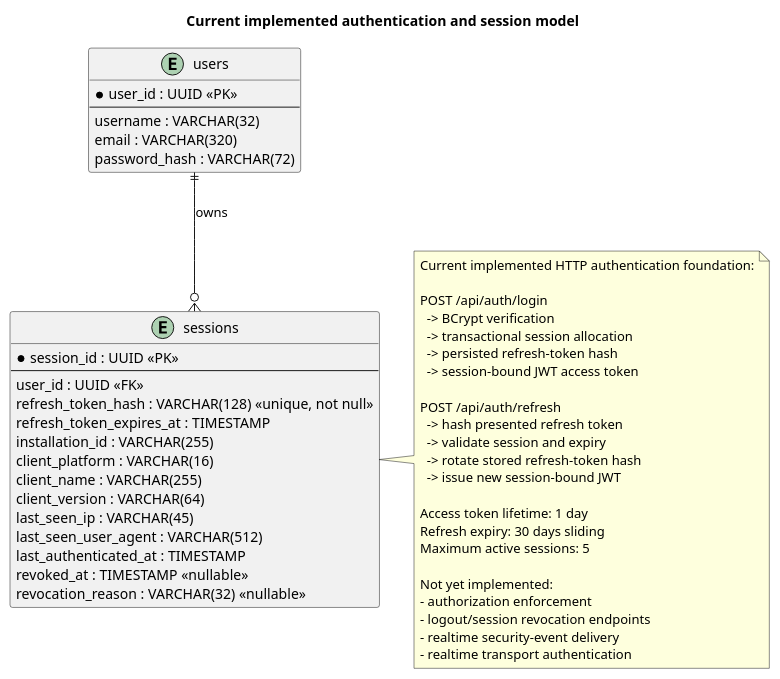
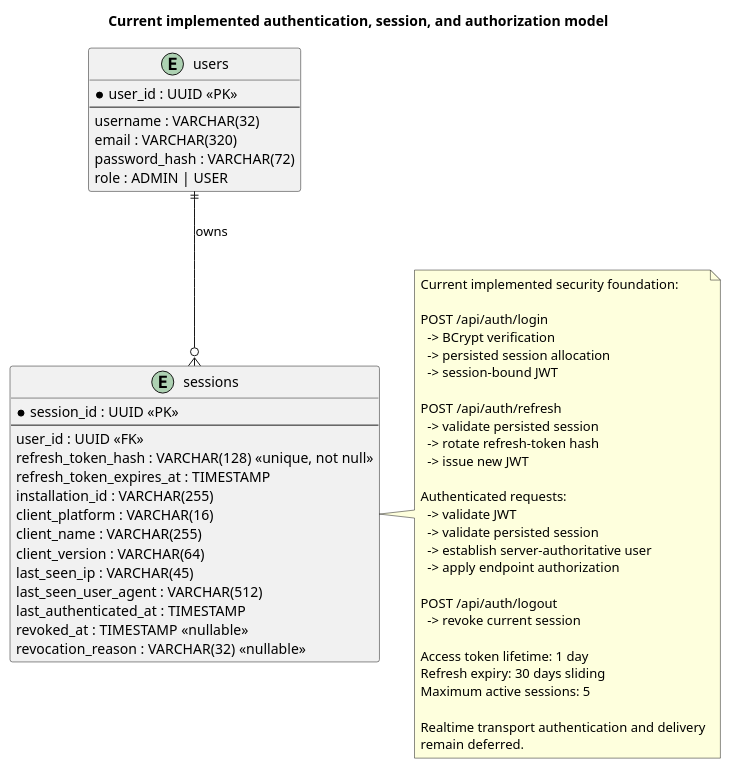
One commit to animesh0404/samvaad-server changed the diagram in docs/architecture/diagrams/current-authentication-session.puml. Above: the diagram before and after it, drawn with PlantUML. The commit also changed 5 other files, not shown here.

Commit message:
docs: add current architecture diagrams

```diff
--- a/docs/architecture/diagrams/current-authentication-session.puml
+++ b/docs/architecture/diagrams/current-authentication-session.puml
@@ -1,56 +1,61 @@
 @startuml
-title Current implemented authentication and session model
+title Current implemented authentication, session, and authorization model
 
 entity users {
   * user_id : UUID <<PK>>
   --
   username : VARCHAR(32)
   email : VARCHAR(320)
   password_hash : VARCHAR(72)
+  role : ADMIN | USER
 }
 
 entity sessions {
   * session_id : UUID <<PK>>
   --
   user_id : UUID <<FK>>
   refresh_token_hash : VARCHAR(128) <<unique, not null>>
   refresh_token_expires_at : TIMESTAMP
   installation_id : VARCHAR(255)
   client_platform : VARCHAR(16)
   client_name : VARCHAR(255)
   client_version : VARCHAR(64)
   last_seen_ip : VARCHAR(45)
   last_seen_user_agent : VARCHAR(512)
   last_authenticated_at : TIMESTAMP
   revoked_at : TIMESTAMP <<nullable>>
   revocation_reason : VARCHAR(32) <<nullable>>
 }
 
 users ||--o{ sessions : owns
 
 note right of sessions
-Current implemented HTTP authentication foundation:
+Current implemented security foundation:
 
 POST /api/auth/login
   -> BCrypt verification
-  -> transactional session allocation
-  -> persisted refresh-token hash
-  -> session-bound JWT access token
+  -> persisted session allocation
+  -> session-bound JWT
 
 POST /api/auth/refresh
-  -> hash presented refresh token
-  -> validate session and expiry
-  -> rotate stored refresh-token hash
-  -> issue new session-bound JWT
+  -> validate persisted session
+  -> rotate refresh-token hash
+  -> issue new JWT
+
+Authenticated requests:
+  -> validate JWT
+  -> validate persisted session
+  -> establish server-authoritative user
+  -> apply endpoint authorization
+
+POST /api/auth/logout
+  -> revoke current session
 
 Access token lifetime: 1 day
 Refresh expiry: 30 days sliding
 Maximum active sessions: 5
 
-Not yet implemented:
-- authorization enforcement
-- logout/session revocation endpoints
-- realtime security-event delivery
-- realtime transport authentication
+Realtime transport authentication and delivery
+remain deferred.
 end note
 @enduml
```
